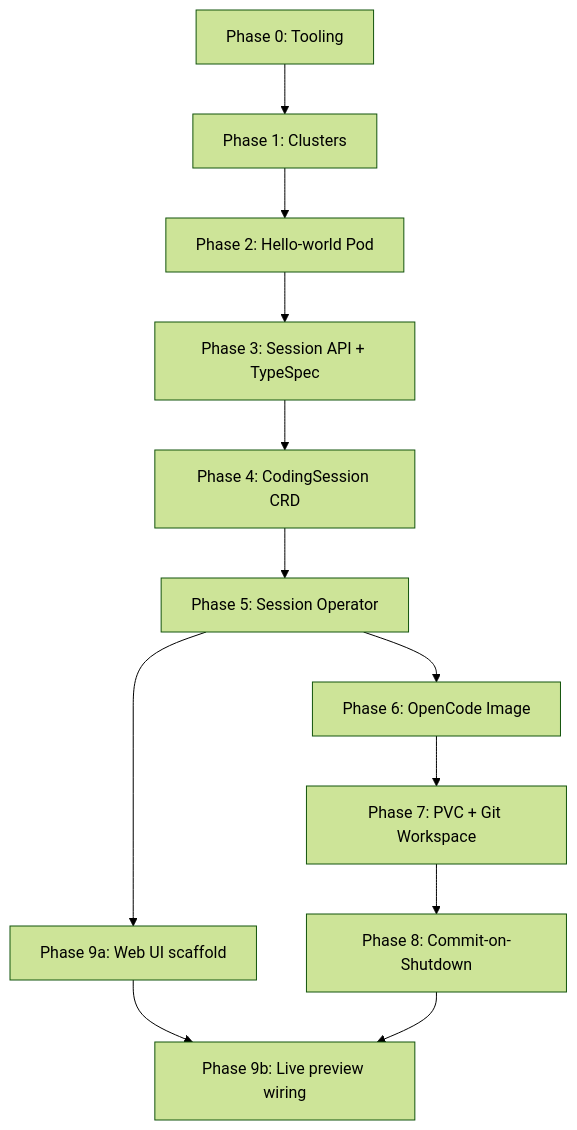
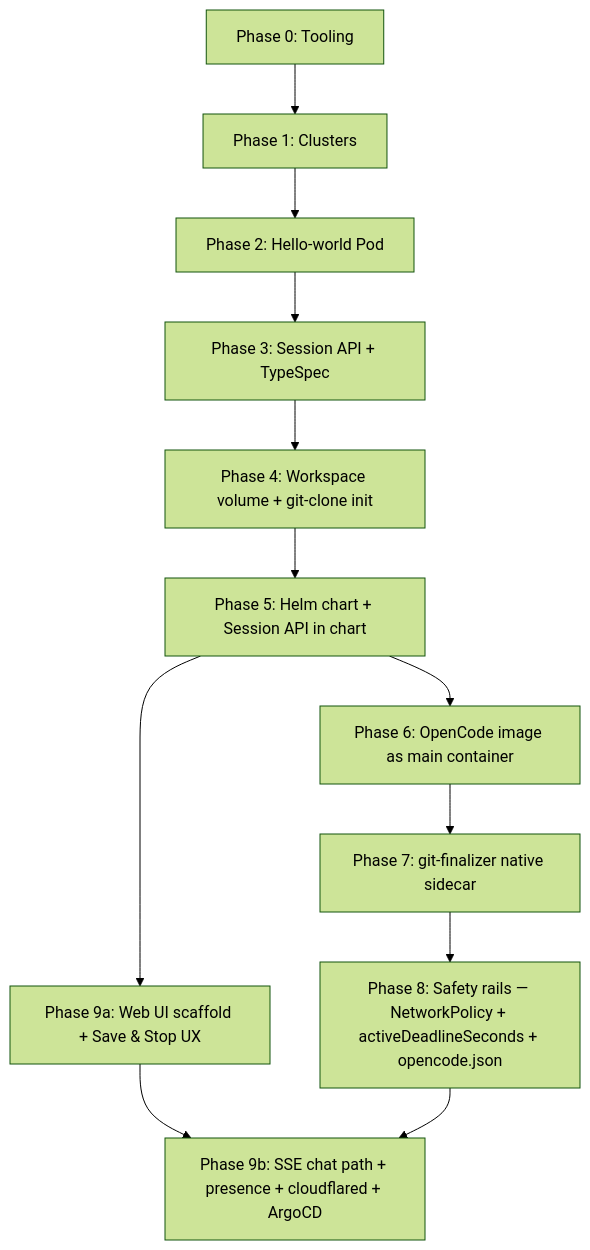
One commit to drigofonte/openvoid changed the first of 3 diagrams in docs/plans/2026-05-01-001-feat-v1-staged-walkthrough-plan.md. Above: the diagram before and after it, drawn with Mermaid (forest theme). The commit also changed other lines of this file and 1 other file, not shown here.

````diff
--- a/docs/plans/2026-05-01-001-feat-v1-staged-walkthrough-plan.md
+++ b/docs/plans/2026-05-01-001-feat-v1-staged-walkthrough-plan.md
@@ -244,14 +298,14 @@
 ```mermaid
 graph TB
     P0[Phase 0: Tooling] --> P1[Phase 1: Clusters]
     P1 --> P2[Phase 2: Hello-world Pod]
     P2 --> P3[Phase 3: Session API + TypeSpec]
-    P3 --> P4[Phase 4: CodingSession CRD]
-    P4 --> P5[Phase 5: Session Operator]
-    P5 --> P6[Phase 6: OpenCode Image]
-    P6 --> P7[Phase 7: PVC + Git Workspace]
-    P7 --> P8[Phase 8: Commit-on-Shutdown]
-    P5 --> P9a[Phase 9a: Web UI scaffold]
-    P9a --> P9b[Phase 9b: Live preview wiring]
+    P3 --> P4[Phase 4: Workspace volume + git-clone init]
+    P4 --> P5[Phase 5: Helm chart + Session API in chart]
+    P5 --> P6[Phase 6: OpenCode image as main container]
+    P6 --> P7[Phase 7: git-finalizer native sidecar]
+    P7 --> P8[Phase 8: Safety rails — NetworkPolicy + activeDeadlineSeconds + opencode.json]
+    P5 --> P9a[Phase 9a: Web UI scaffold + Save & Stop UX]
+    P9a --> P9b[Phase 9b: SSE chat path + presence + cloudflared + ArgoCD]
     P8 --> P9b
 ```
````
